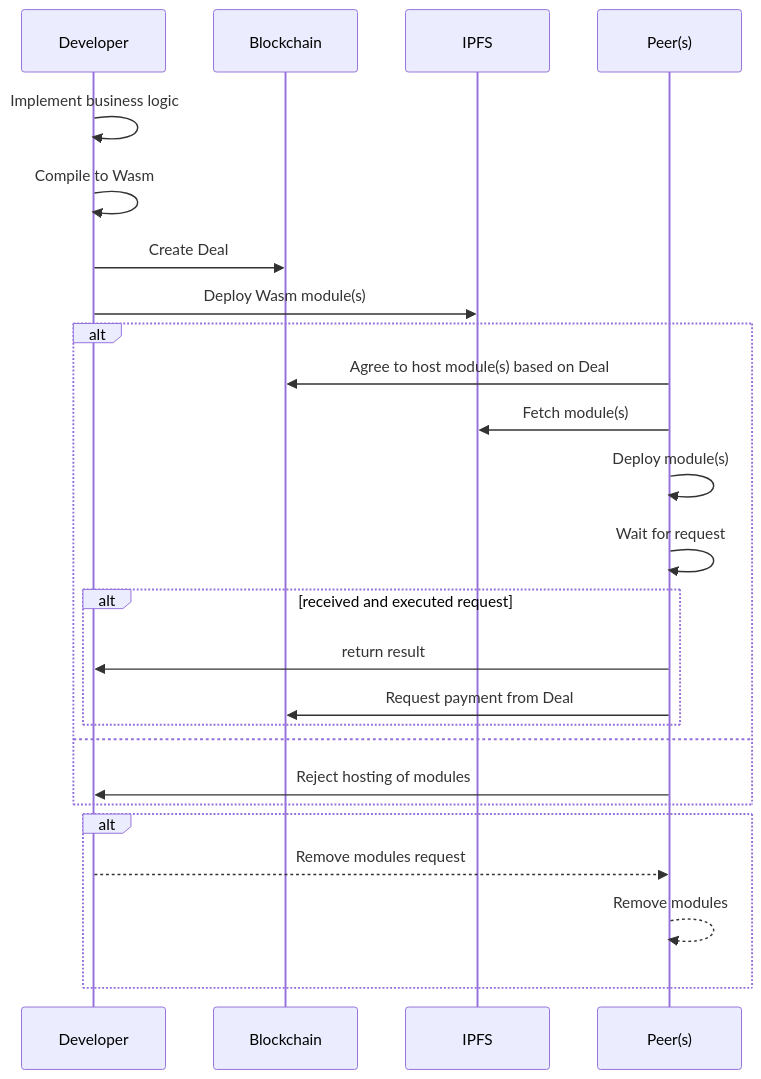
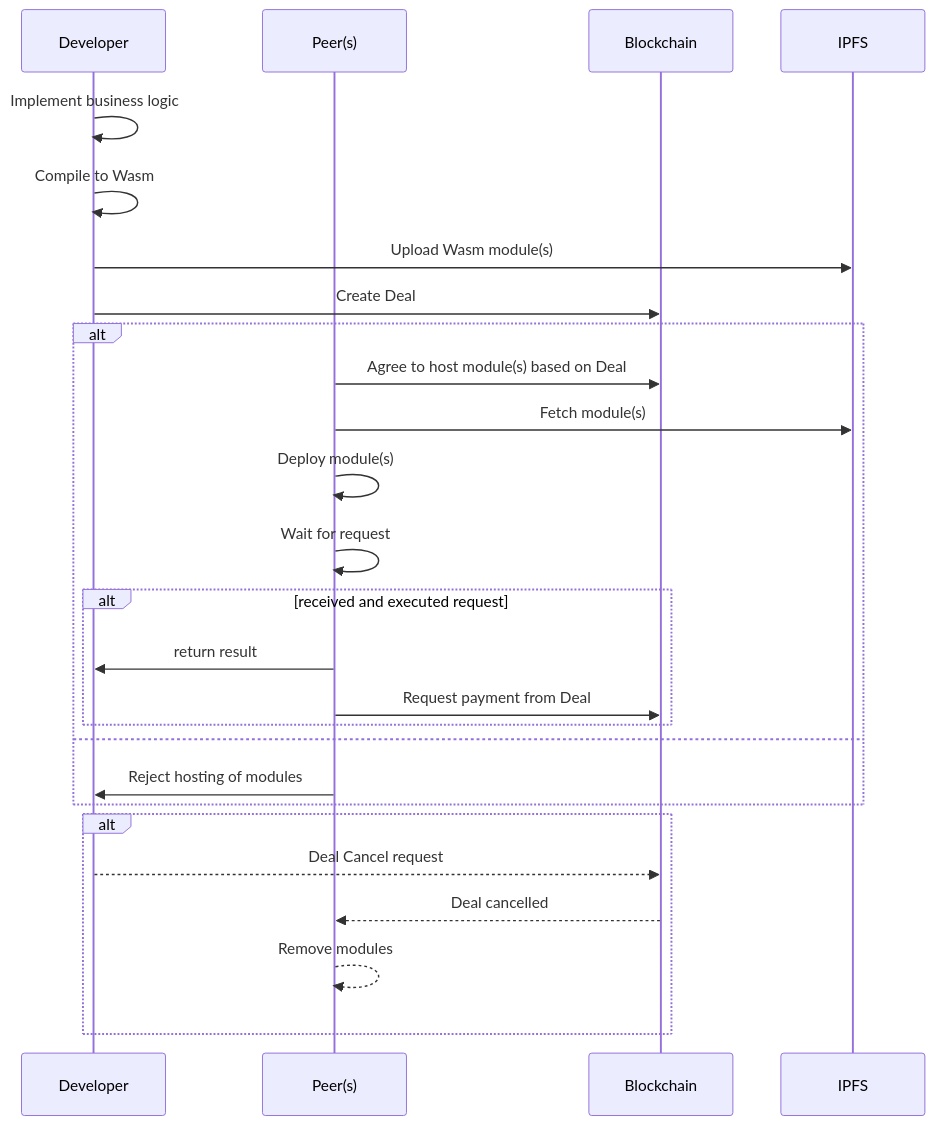
One commit to fluencelabs/docs changed the first of 3 diagrams in docs/new-build/overview.md. Above: the diagram before and after it, drawn with Mermaid. The commit also changed other lines of this file and 1 other file, not shown here.

````diff
--- a/docs/new-build/overview.md
+++ b/docs/new-build/overview.md
@@ -11,30 +24,31 @@
 ```mermaid
 sequenceDiagram
 
 participant D as Developer
+participant P as Peer(s)
 participant C as Blockchain
 participant I as IPFS
-participant P as Peer(s)
 
 D ->> D: Implement business logic
 D ->> D: Compile to Wasm
+D ->> I: Upload Wasm module(s)
 D ->> C: Create Deal
-D ->> I: Deploy Wasm module(s)
 alt
 	P ->> C: Agree to host module(s) based on Deal
 	P ->> I: Fetch module(s)
 	P ->> P: Deploy module(s)
 	P ->> P: Wait for request
 	alt received and executed request
 		P ->> D: return result
 		P ->> C: Request payment from Deal
 	end
 else
 	P ->> D: Reject hosting of modules
 end
 alt
-	D -->> P: Remove modules request
+	D -->> C: Deal Cancel request
+	C -->> P: Deal cancelled
 	P -->> P: Remove modules
 end
 
 ```
````
